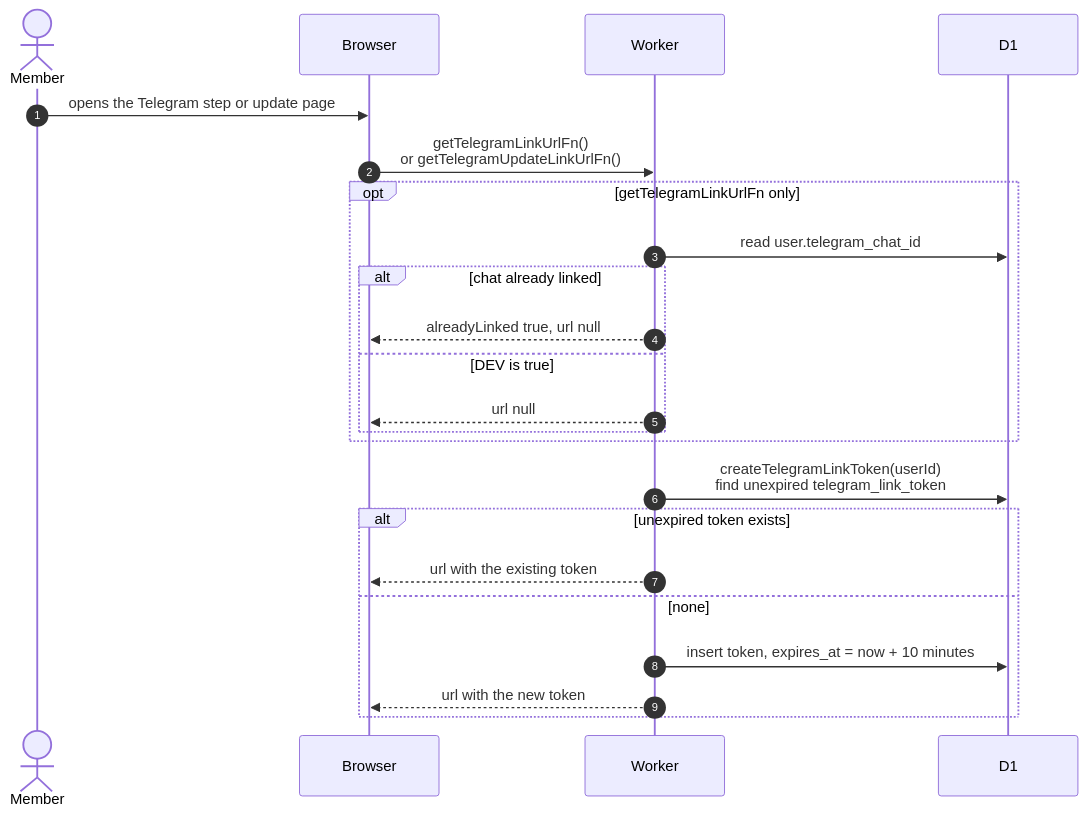
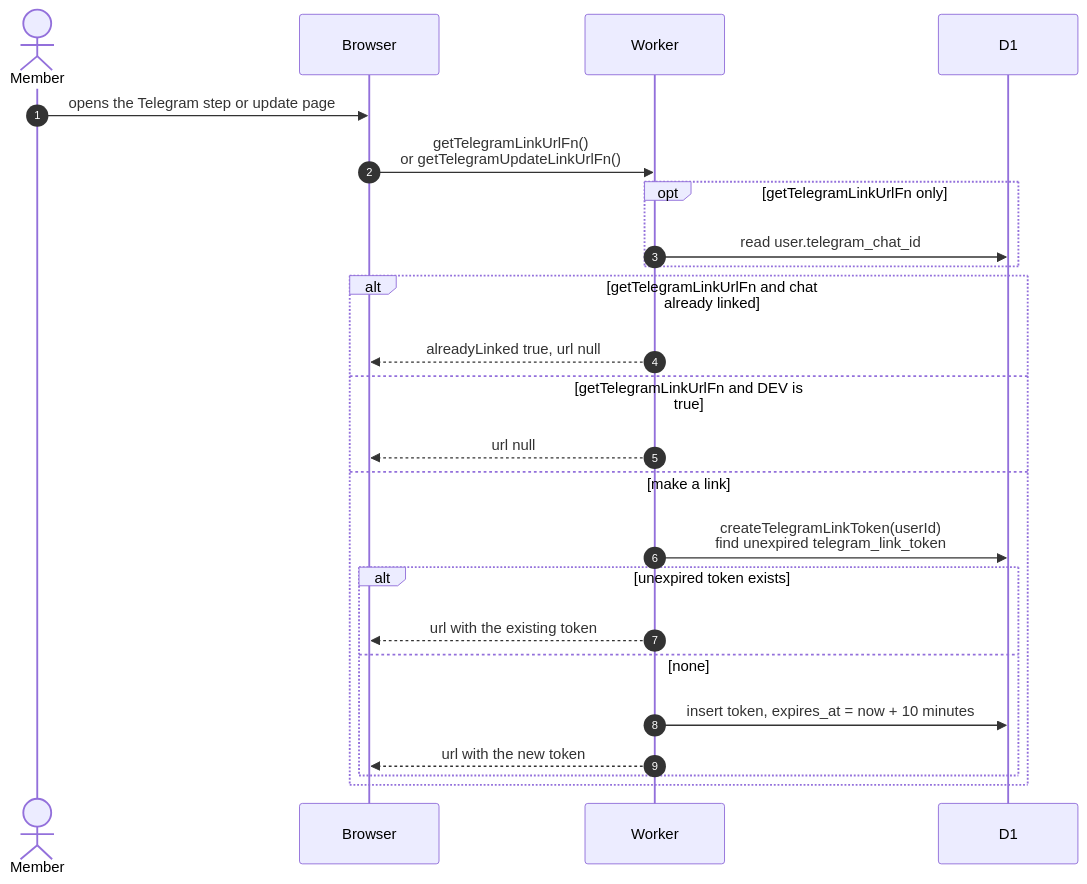
One commit to sagyzdop/meriksirat changed the diagram in docs/scenarios/telegram/link-token-create.md. Above: the diagram before and after it, drawn with Mermaid. The commit also changed other lines of this file and 13 other files, not shown here.

Commit message:
docs(scenarios): verify telegram diagrams against code

````diff
--- a/docs/scenarios/telegram/link-token-create.md
+++ b/docs/scenarios/telegram/link-token-create.md
@@ -27,25 +29,26 @@
 ```mermaid
 sequenceDiagram
     autonumber
     actor Member
     participant Browser
     participant Worker
     participant D1
     Member->>Browser: opens the Telegram step or update page
     Browser->>Worker: getTelegramLinkUrlFn()<br/>or getTelegramUpdateLinkUrlFn()
     opt getTelegramLinkUrlFn only
         Worker->>D1: read user.telegram_chat_id
-        alt chat already linked
-            Worker-->>Browser: alreadyLinked true, url null
-        else DEV is true
-            Worker-->>Browser: url null
+    end
+    alt getTelegramLinkUrlFn and chat already linked
+        Worker-->>Browser: alreadyLinked true, url null
+    else getTelegramLinkUrlFn and DEV is true
+        Worker-->>Browser: url null
+    else make a link
+        Worker->>D1: createTelegramLinkToken(userId)<br/>find unexpired telegram_link_token
+        alt unexpired token exists
+            Worker-->>Browser: url with the existing token
+        else none
+            Worker->>D1: insert token, expires_at = now + 10 minutes
+            Worker-->>Browser: url with the new token
         end
     end
-    Worker->>D1: createTelegramLinkToken(userId)<br/>find unexpired telegram_link_token
-    alt unexpired token exists
-        Worker-->>Browser: url with the existing token
-    else none
-        Worker->>D1: insert token, expires_at = now + 10 minutes
-        Worker-->>Browser: url with the new token
-    end
 ```
````
